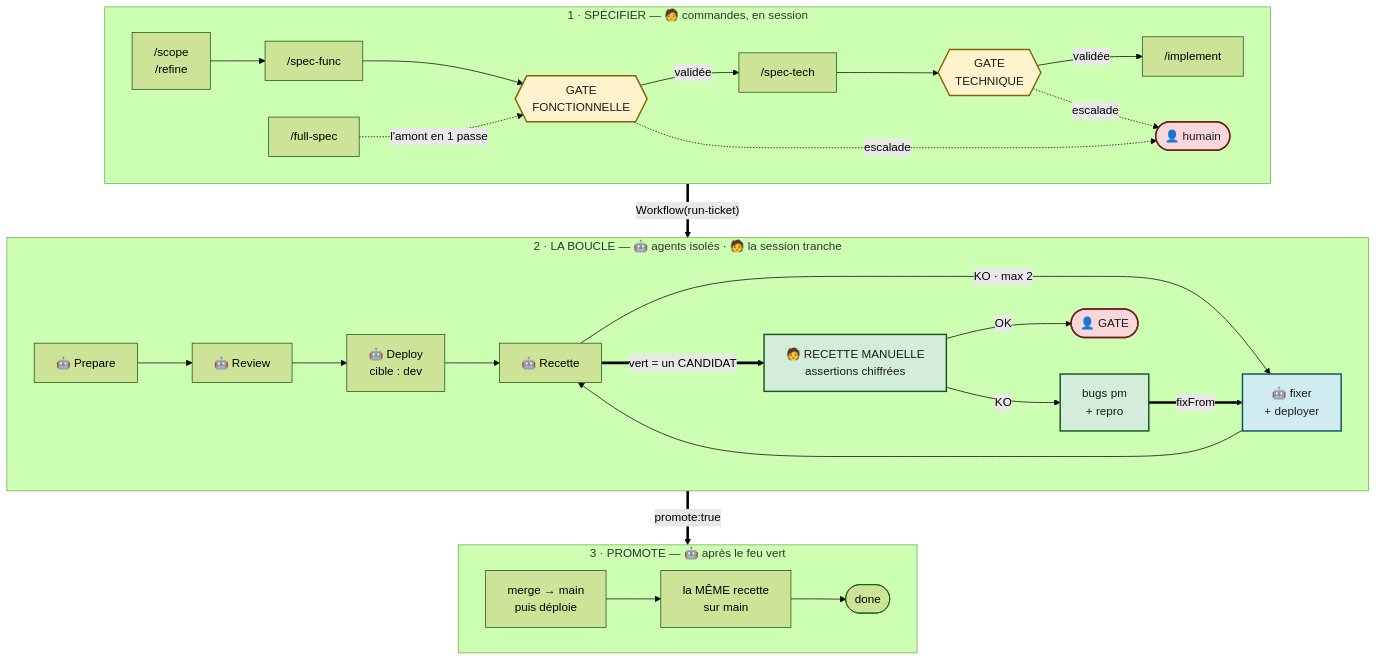
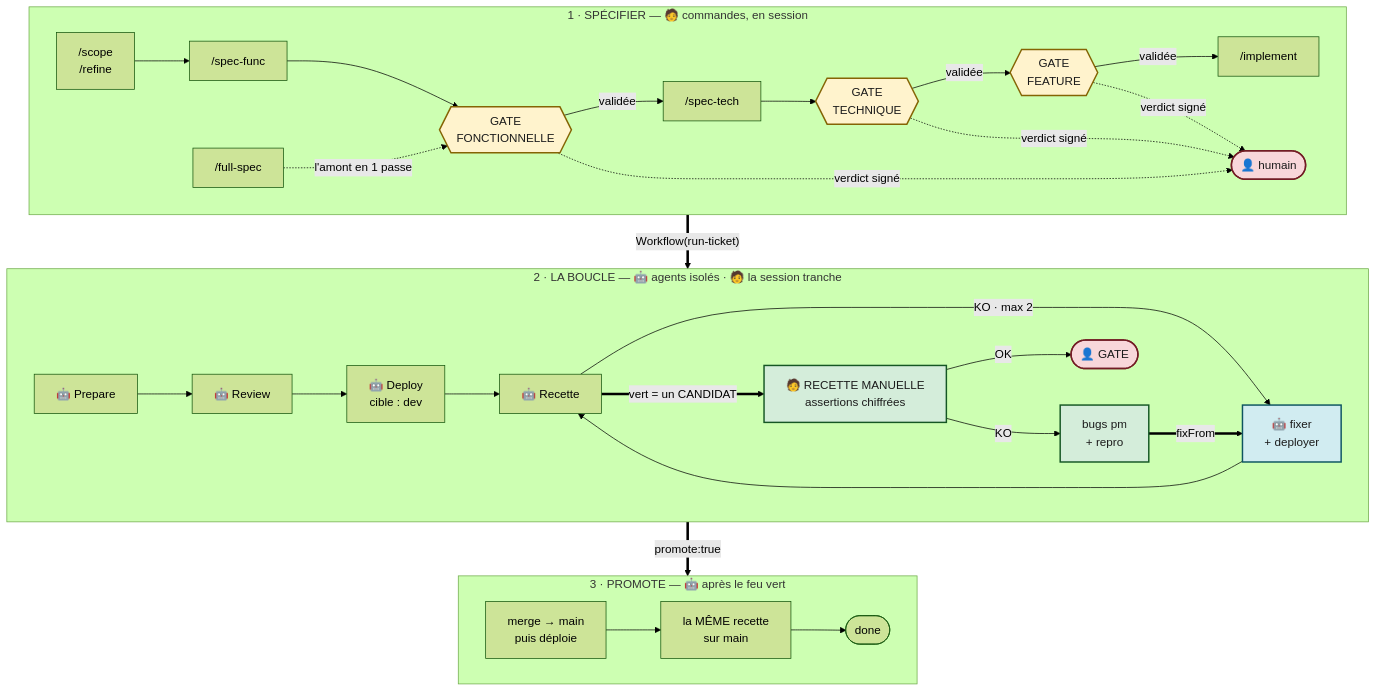
The first of 2 diagrams in README.md (harry-agentic-factory/harry-sdlc-local), drawn with Mermaid (forest theme) before and after one commit. The commit also changed other lines of this file and 15 other files, not shown here.

````diff
--- a/README.md
+++ b/README.md
@@ -34,41 +35,42 @@
 ```mermaid
 flowchart TB
     subgraph S1["1 · SPÉCIFIER — 🧑 commandes, en session"]
         direction LR
         AM["/scope<br/>/refine"] --> SF["/spec-func"]
         SF --> GF{{"GATE<br/>FONCTIONNELLE"}}
         GF -->|validée| ST["/spec-tech"]
         ST --> GT{{"GATE<br/>TECHNIQUE"}}
-        GT -->|validée| IM["/implement"]
+        GT -->|validée| GFE{{"GATE<br/>FEATURE"}}
+        GFE -->|validée| IM["/implement"]
         FSP["/full-spec"] -.->|l'amont en 1 passe| GF
-        GF & GT -.->|escalade| HUM1(["👤 humain"])
+        GF & GT & GFE -.->|verdict signé| HUM1(["👤 humain"])
     end
 
     subgraph LOOP["2 · LA BOUCLE — 🤖 agents isolés · 🧑 la session tranche"]
         direction LR
         PREP["🤖 Prepare"] --> REV["🤖 Review"] --> DEP["🤖 Deploy<br/>cible : dev"]
         DEP --> REC["🤖 Recette"]
         REC -->|"KO · max 2"| FIX["🤖 fixer<br/>+ deployer"] --> REC
         REC ==>|"vert = un CANDIDAT"| MAN["🧑 RECETTE MANUELLE<br/>assertions chiffrées"]
         MAN -->|KO| BUGS["bugs pm<br/>+ repro"]
         BUGS ==>|"fixFrom"| FIX
         MAN -->|OK| HUM2(["👤 GATE"])
     end
 
     subgraph PR["3 · PROMOTE — 🤖 après le feu vert"]
         direction LR
         PM["merge → main<br/>puis déploie"] --> PRC["la MÊME recette<br/>sur main"] --> FIN(["done"])
     end
 
     S1 ==>|"Workflow(run-ticket)"| LOOP
     LOOP ==>|"promote:true"| PR
 
     classDef gate fill:#fff3cd,stroke:#856404,stroke-width:2px,color:#1b1b1b
     classDef human fill:#f8d7da,stroke:#721c24,stroke-width:2px,color:#1b1b1b
     classDef fixer fill:#d1ecf1,stroke:#0c5460,stroke-width:2px,color:#1b1b1b
     classDef manual fill:#d4edda,stroke:#155724,stroke-width:2px,color:#1b1b1b
-    class GF,GT gate
+    class GF,GT,GFE gate
     class HUM1,HUM2 human
     class FIX fixer
     class MAN,BUGS manual
 ```
````
